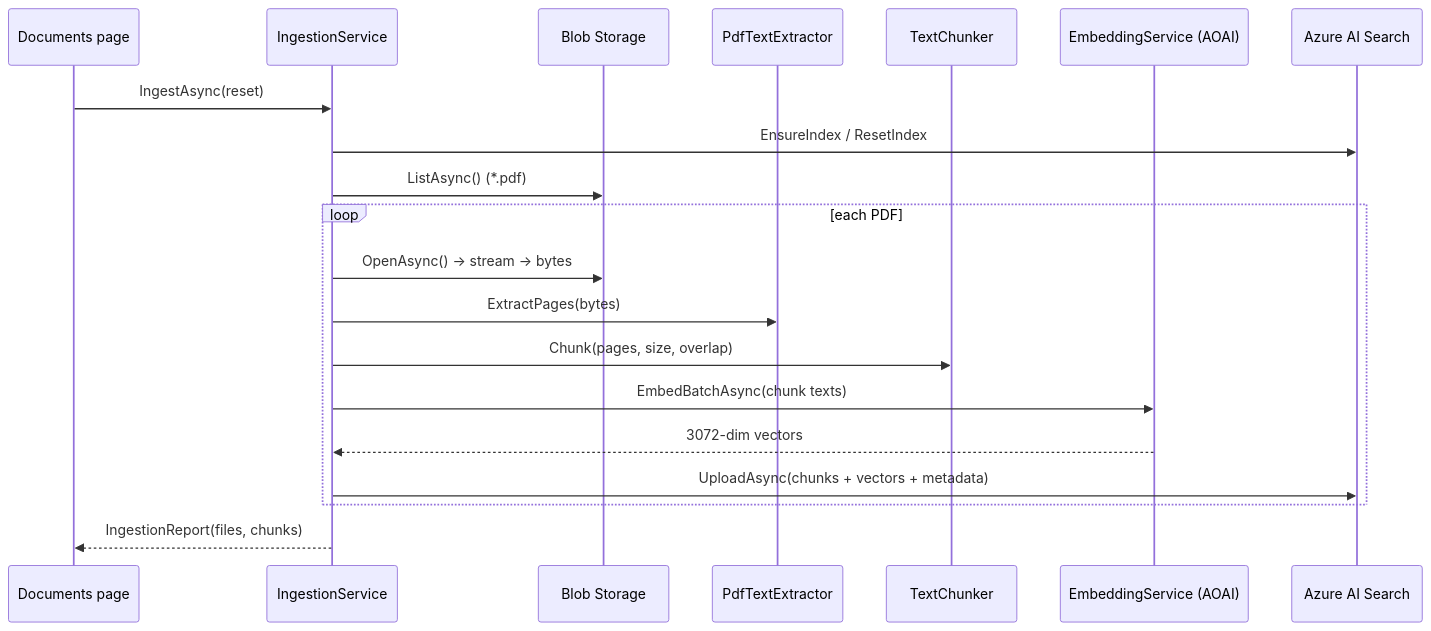
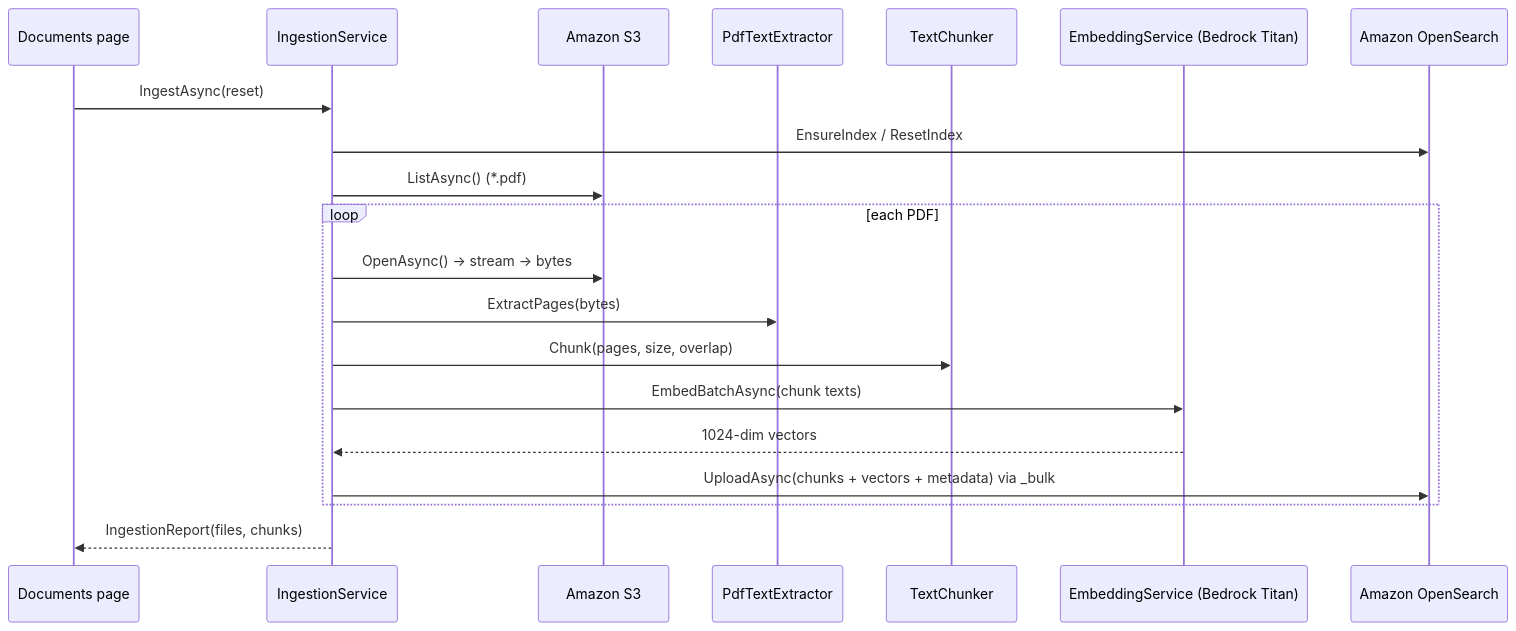
The second of 4 diagrams in docs/data-architecture.md (sqlshep/AWS-MinutesStudio), drawn with Mermaid before and after one commit. The commit also changed other lines of this file and 26 other files, not shown here.

First line of the commit message:
Port RAG stack from Azure to AWS Bedrock

````diff
--- a/docs/data-architecture.md
+++ b/docs/data-architecture.md
@@ -88,23 +91,23 @@
 ```mermaid
 sequenceDiagram
     participant UI as Documents page
     participant ING as IngestionService
-    participant BLOB as Blob Storage
+    participant S3 as Amazon S3
     participant PDF as PdfTextExtractor
     participant CHK as TextChunker
-    participant EMB as EmbeddingService (AOAI)
-    participant SRCH as Azure AI Search
+    participant EMB as EmbeddingService (Bedrock Titan)
+    participant SRCH as Amazon OpenSearch
 
     UI->>ING: IngestAsync(reset)
     ING->>SRCH: EnsureIndex / ResetIndex
-    ING->>BLOB: ListAsync() (*.pdf)
+    ING->>S3: ListAsync() (*.pdf)
     loop each PDF
-        ING->>BLOB: OpenAsync() -> stream -> bytes
+        ING->>S3: OpenAsync() -> stream -> bytes
         ING->>PDF: ExtractPages(bytes)
         ING->>CHK: Chunk(pages, size, overlap)
         ING->>EMB: EmbedBatchAsync(chunk texts)
-        EMB-->>ING: 3072-dim vectors
-        ING->>SRCH: UploadAsync(chunks + vectors + metadata)
+        EMB-->>ING: 1024-dim vectors
+        ING->>SRCH: UploadAsync(chunks + vectors + metadata) via _bulk
     end
     ING-->>UI: IngestionReport(files, chunks)
 ```
````
